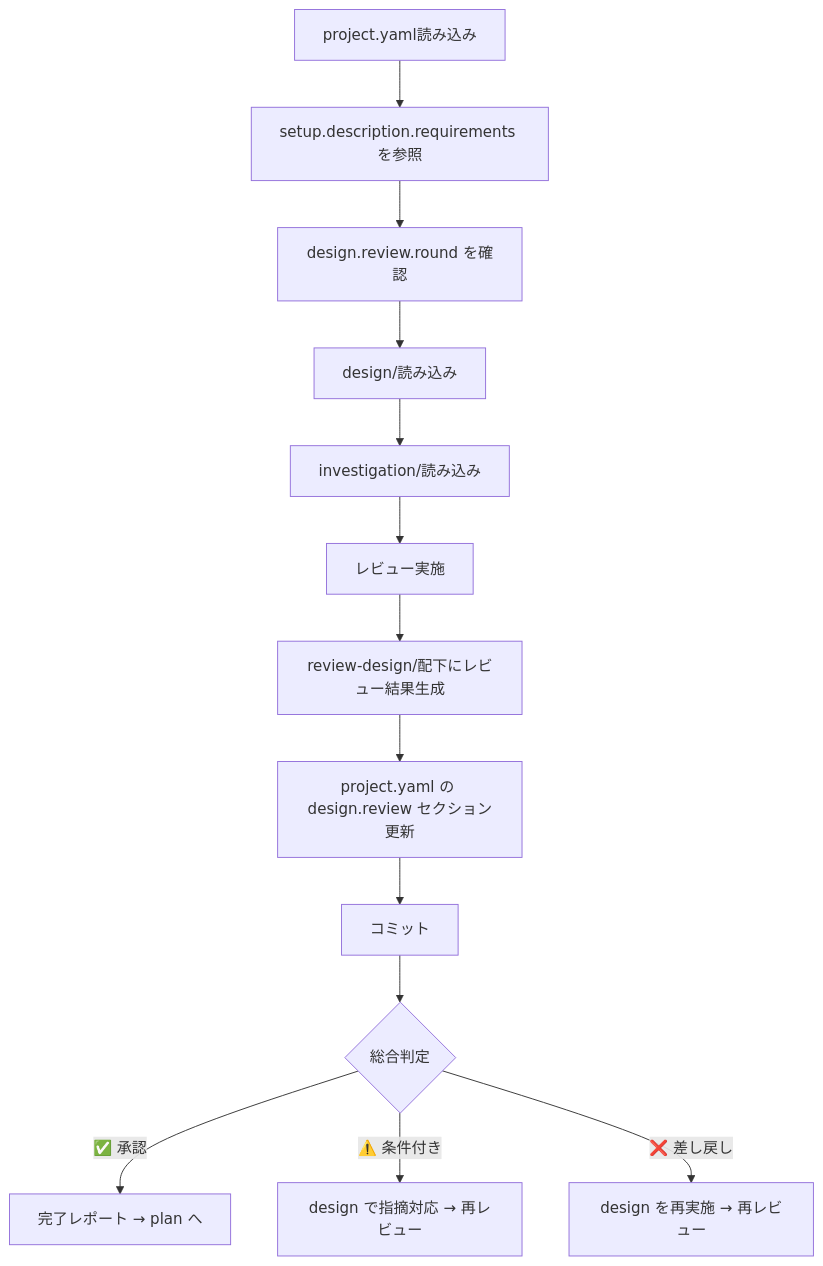
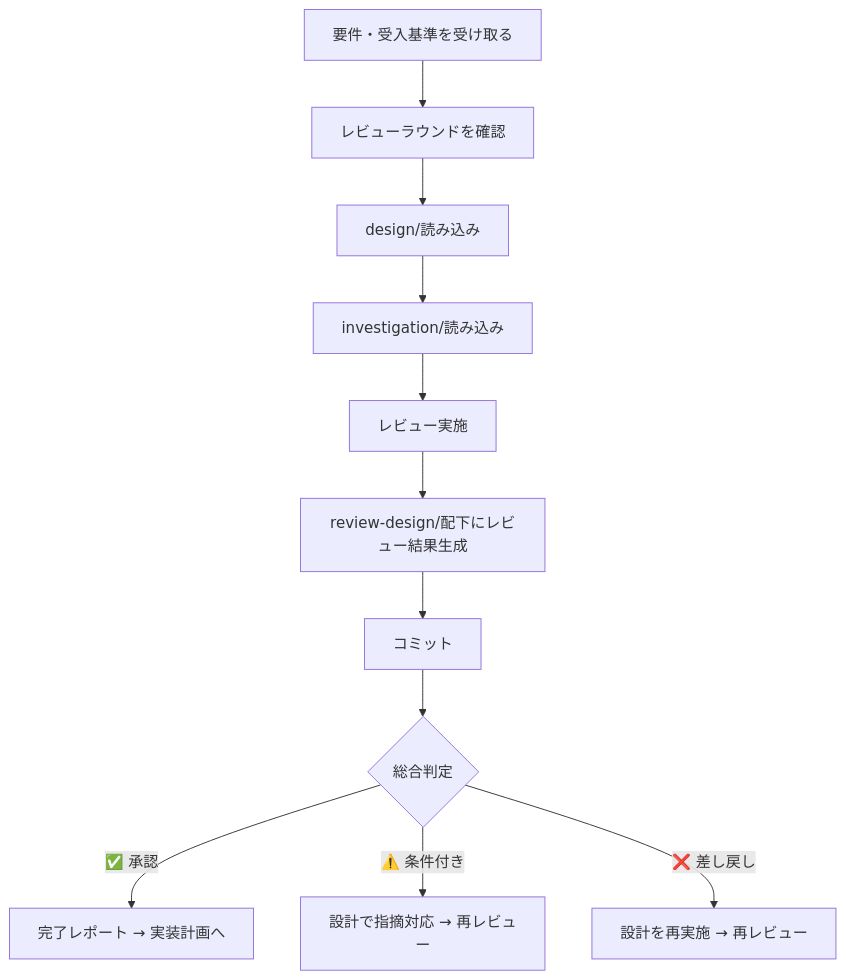
Before and after one commit to NagasakaH/dev-process: the second of 2 diagrams in .claude/skills/review-design/SKILL.md, drawn with Mermaid. The commit also changed other lines of this file and 30 other files, not shown here.

````diff
--- a/.claude/skills/review-design/SKILL.md
+++ b/.claude/skills/review-design/SKILL.md
@@ -84,15 +64,13 @@
 ```mermaid
 flowchart TD
-    A[project.yaml読み込み] --> B[setup.description.requirements を参照]
-    B --> C[design.review.round を確認]
-    C --> D[design/読み込み]
-    D --> E[investigation/読み込み]
-    E --> F[レビュー実施]
-    F --> G[review-design/配下にレビュー結果生成]
-    G --> H[project.yaml の design.review セクション更新]
-    H --> I[コミット]
-    I --> J{総合判定}
-    J -->|✅ 承認| K[完了レポート → plan へ]
-    J -->|⚠️ 条件付き| L[design で指摘対応 → 再レビュー]
-    J -->|❌ 差し戻し| M[design を再実施 → 再レビュー]
+    A[要件・受入基準を受け取る] --> B[レビューラウンドを確認]
+    B --> C[design/読み込み]
+    C --> D[investigation/読み込み]
+    D --> E[レビュー実施]
+    E --> F[review-design/配下にレビュー結果生成]
+    F --> G[コミット]
+    G --> H{総合判定}
+    H -->|✅ 承認| I[完了レポート → 実装計画へ]
+    H -->|⚠️ 条件付き| J[設計で指摘対応 → 再レビュー]
+    H -->|❌ 差し戻し| K[設計を再実施 → 再レビュー]
 ```
````
